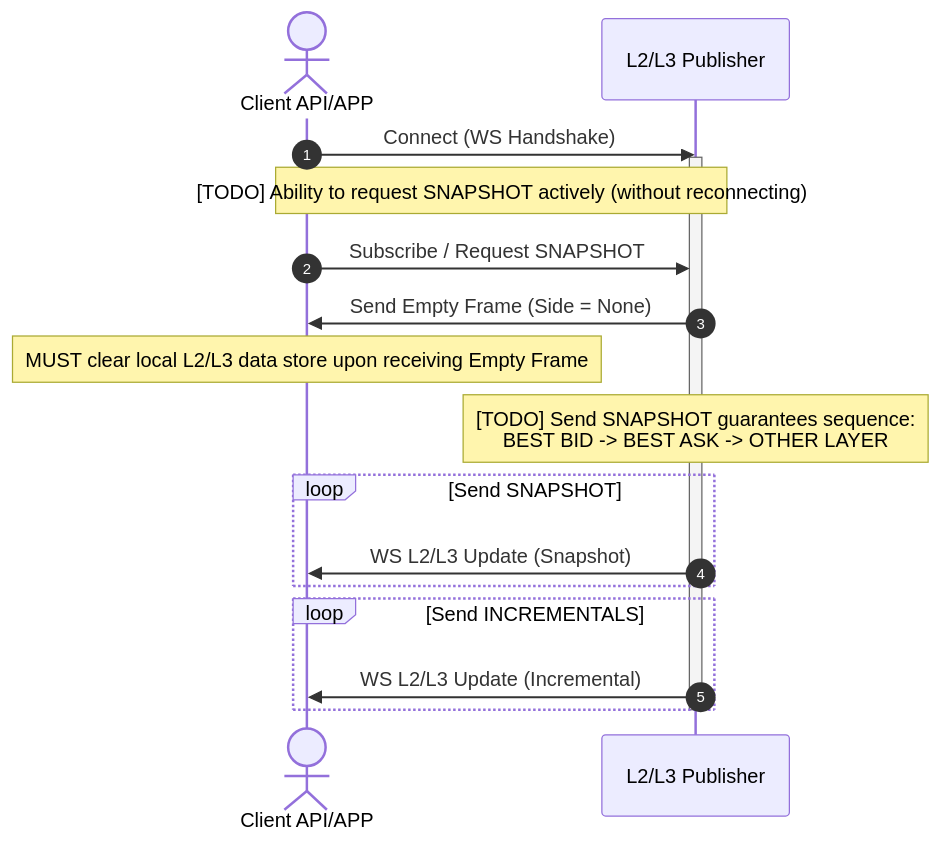
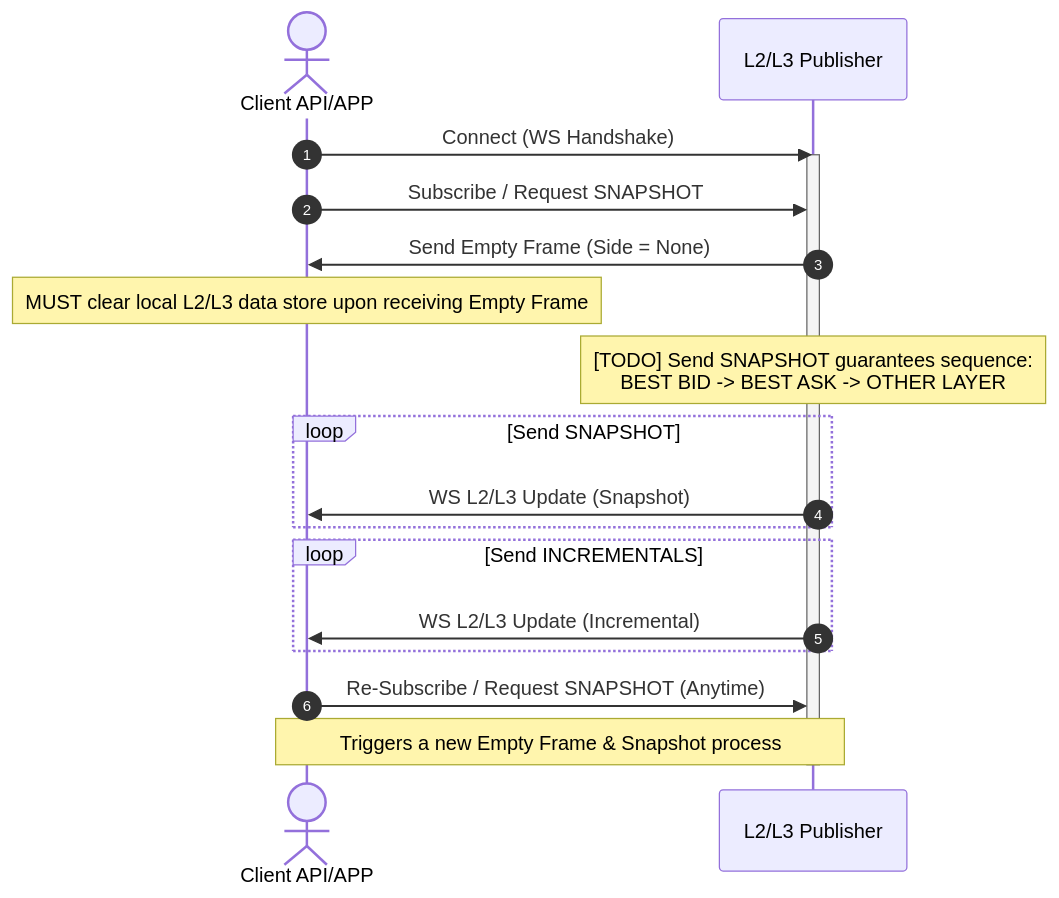
Before and after one commit to harvey-euph/exchange: the third of 7 diagrams in README.md, drawn with Mermaid.

Commit message:
docs: add re-subscribe loop to l2/l3 subscription diagram

````diff
--- a/README.md
+++ b/README.md
@@ -83,27 +83,29 @@
 ```mermaid
 sequenceDiagram
     autonumber
     actor Client as Client API/APP
     participant Pub as L2/L3 Publisher
 
     Client->>Pub: Connect (WS Handshake)
     activate Pub
-    
-    Note over Client, Pub: [TODO] Ability to request SNAPSHOT actively (without reconnecting)
     
     Client->>Pub: Subscribe / Request SNAPSHOT
     
     Pub->>Client: Send Empty Frame (Side = None)
     Note over Client: MUST clear local L2/L3 data store upon receiving Empty Frame
     
     Note over Pub: [TODO] Send SNAPSHOT guarantees sequence:<br/>BEST BID -> BEST ASK -> OTHER LAYER
     
     loop Send SNAPSHOT
         Pub->>Client: WS L2/L3 Update (Snapshot)
     end
     
     loop Send INCREMENTALS
         Pub->>Client: WS L2/L3 Update (Incremental)
     end
+    
+    Client->>Pub: Re-Subscribe / Request SNAPSHOT (Anytime)
+    Note over Client, Pub: Triggers a new Empty Frame & Snapshot process
+    
     deactivate Pub
 ```
````
